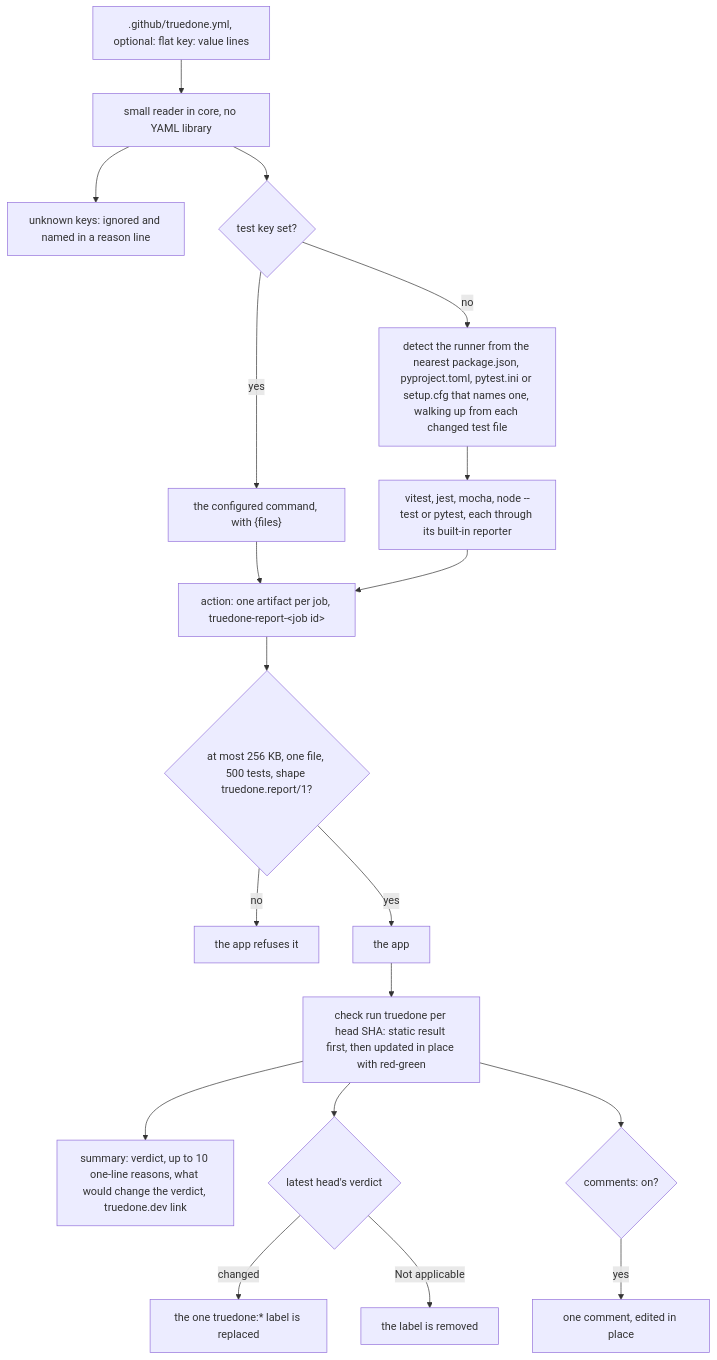
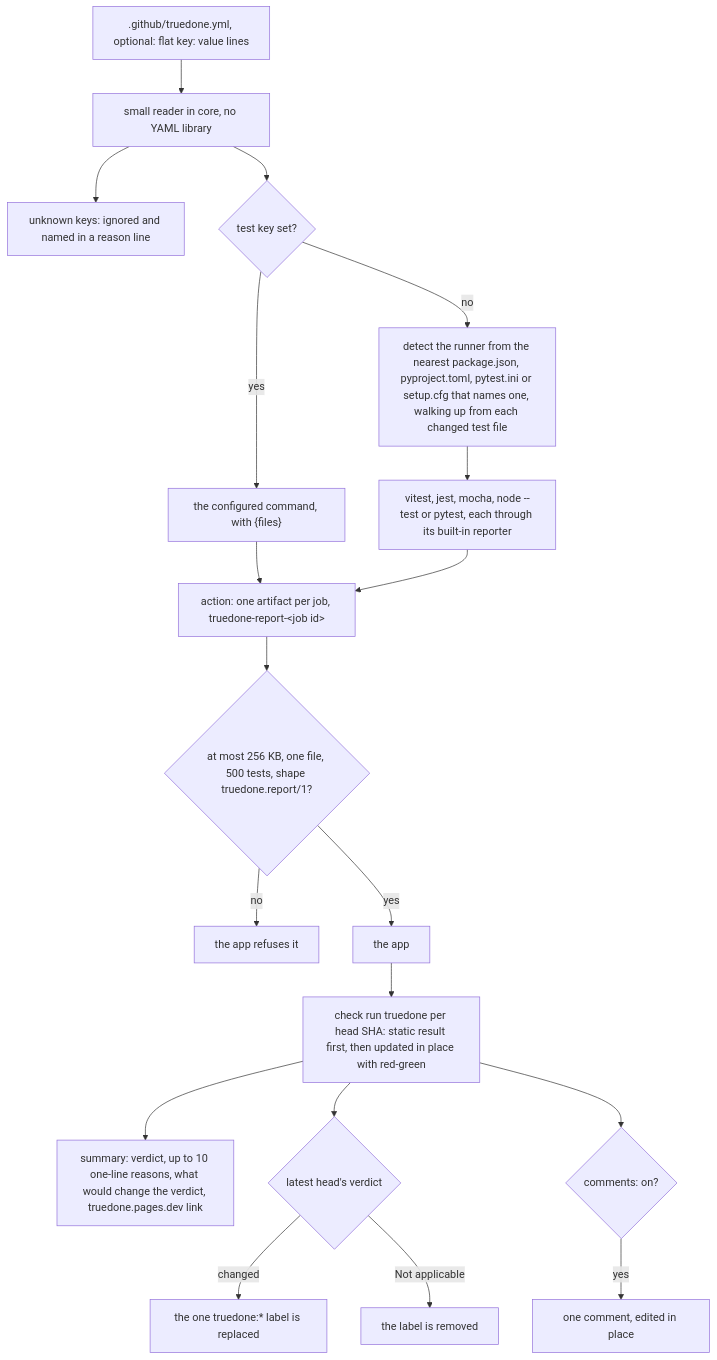
Before and after one commit to Truedone/truedone: the first of 2 diagrams in docs/design/03-report-configuration-labels-and-limits.md, drawn with Mermaid. The commit also changed other lines of this file and 10 other files, not shown here.

````diff
--- a/docs/design/03-report-configuration-labels-and-limits.md
+++ b/docs/design/03-report-configuration-labels-and-limits.md
@@ -17,21 +17,21 @@
 ```mermaid
 flowchart TD
   CFG[".github/truedone.yml, optional: flat key: value lines"] --> RD["small reader in core, no YAML library"]
   RD --> UK["unknown keys: ignored and named in a reason line"]
   RD --> TK{"test key set?"}
   TK -->|yes| CMD["the configured command, with {files}"]
   TK -->|no| DET["detect the runner from the nearest package.json, pyproject.toml, pytest.ini or setup.cfg that names one, walking up from each changed test file"]
   DET --> RUN["vitest, jest, mocha, node --test or pytest, each through its built-in reporter"]
   CMD --> ART
   RUN --> ART["action: one artifact per job, truedone-report-#lt;job id#gt;"]
   ART --> OK{"at most 256 KB, one file, 500 tests, shape truedone.report/1?"}
   OK -->|no| REF["the app refuses it"]
   OK -->|yes| APP["the app"]
   APP --> CR["check run truedone per head SHA: static result first, then updated in place with red-green"]
-  CR --> SUM["summary: verdict, up to 10 one-line reasons, what would change the verdict, truedone.dev link"]
+  CR --> SUM["summary: verdict, up to 10 one-line reasons, what would change the verdict, truedone.pages.dev link"]
   CR --> LB{"latest head's verdict"}
   LB -->|changed| REPL["the one truedone:* label is replaced"]
   LB -->|Not applicable| RM["the label is removed"]
   CR --> CM{"comments: on?"}
   CM -->|yes| ONE["one comment, edited in place"]
 ```
````
